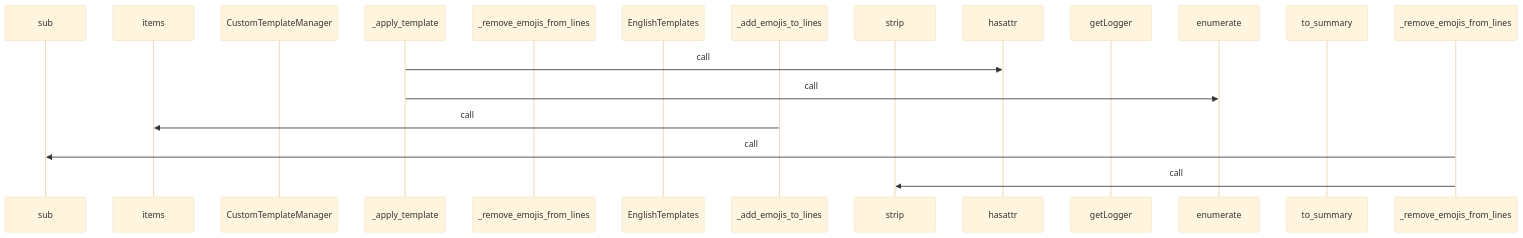
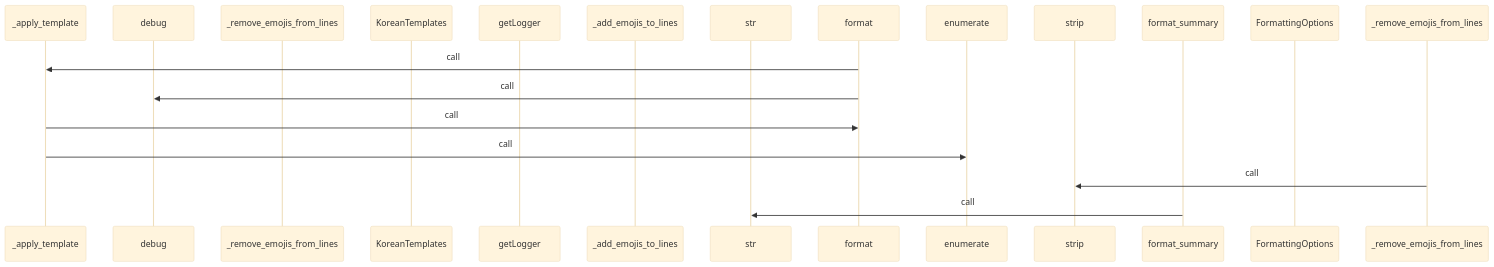
Before and after one commit to yeonjae-personal/codemuse-backend: the third of 4 diagrams in generated_docs/rule_analyzer/formatters/text_formatter.md, drawn with Mermaid (base theme). The commit also changed other lines of this file and 3378 other files, not shown here.

````diff
--- a/generated_docs/rule_analyzer/formatters/text_formatter.md
+++ b/generated_docs/rule_analyzer/formatters/text_formatter.md
@@ -149,20 +149,21 @@
 ```mermaid
 sequenceDiagram
-  participant sub as sub
-  participant items as items
-  participant CustomTemplateManager as CustomTemplateManager
   participant _apply_template as _apply_template
+  participant debug as debug
   participant _remove_emojis_from_line as _remove_emojis_from_lines
-  participant EnglishTemplates as EnglishTemplates
+  participant KoreanTemplates as KoreanTemplates
+  participant getLogger as getLogger
   participant _add_emojis_to_lines as _add_emojis_to_lines
+  participant str as str
+  participant format as format
+  participant enumerate as enumerate
   participant strip as strip
-  participant hasattr as hasattr
-  participant getLogger as getLogger
-  participant enumerate as enumerate
-  participant to_summary as to_summary
-  _apply_template->>hasattr: call
+  participant format_summary as format_summary
+  participant FormattingOptions as FormattingOptions
+  format->>_apply_template: call
+  format->>debug: call
+  _apply_template->>format: call
   _apply_template->>enumerate: call
-  _add_emojis_to_lines->>items: call
-  _remove_emojis_from_lines->>sub: call
   _remove_emojis_from_lines->>strip: call
+  format_summary->>str: call
 ```
````
